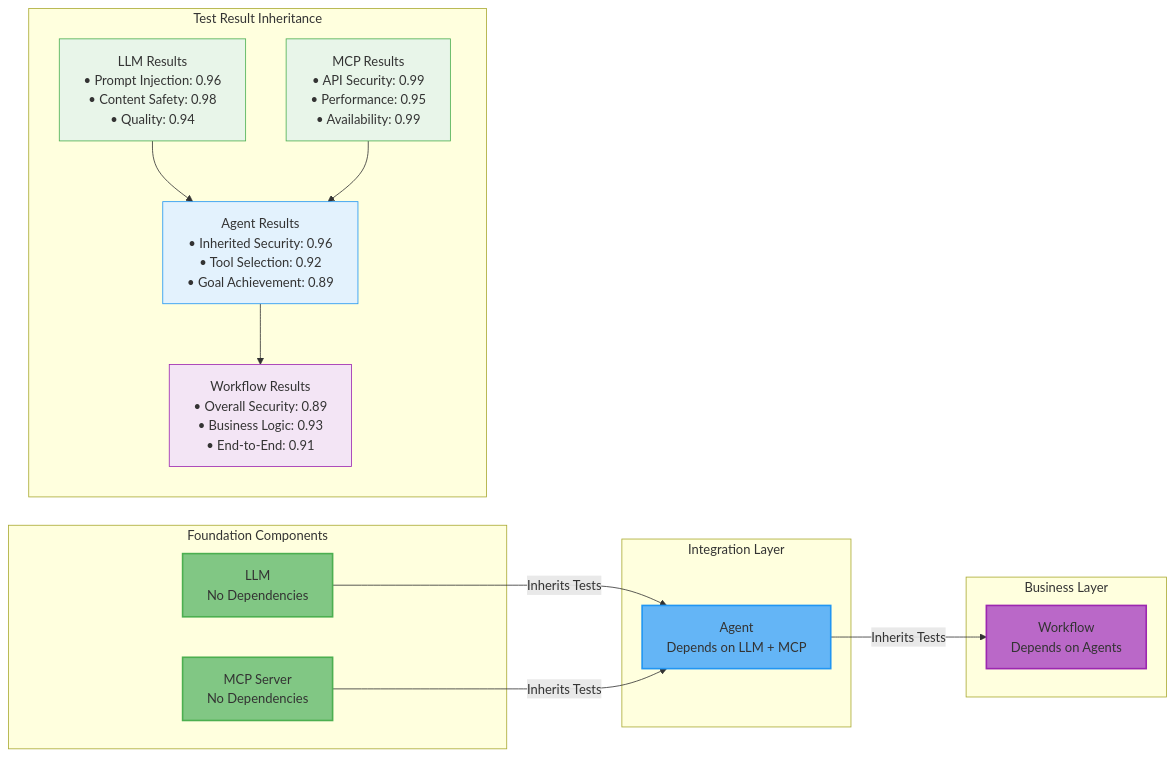
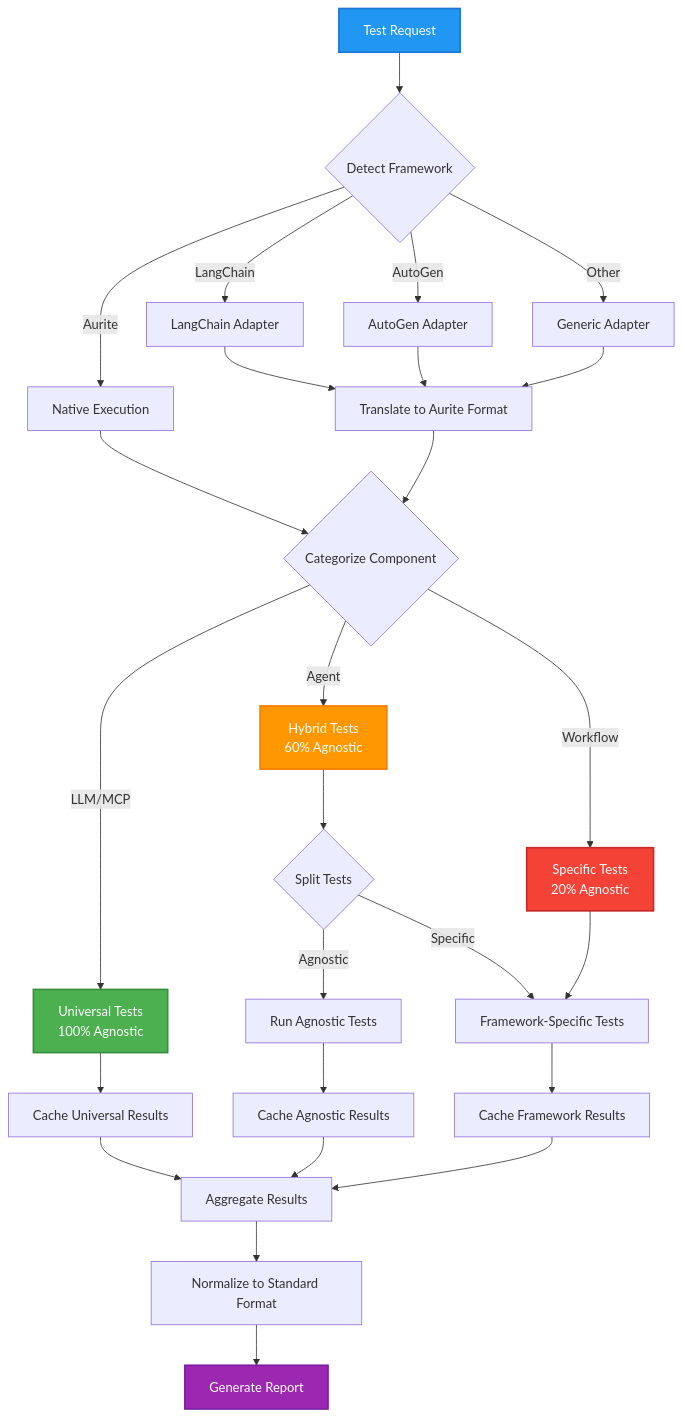
One commit to Aurite-ai/aurite-agents changed the second of 7 diagrams in docs/testing/architecture/testing_hierarchy.md. Above: the diagram before and after it, drawn with Mermaid. The commit also changed other lines of this file and 4 other files, not shown here.

````diff
--- a/docs/testing/architecture/testing_hierarchy.md
+++ b/docs/testing/architecture/testing_hierarchy.md
@@ -72,39 +90,43 @@
 ```mermaid
-flowchart LR
-    subgraph Foundation[Foundation Components]
-        LLM[LLM<br/>No Dependencies]
-        MCP[MCP Server<br/>No Dependencies]
-    end
+flowchart TD
+    Start[Test Request] --> Detect{Detect Framework}
 
-    subgraph Integration[Integration Layer]
-        Agent[Agent<br/>Depends on LLM + MCP]
-    end
+    Detect -->|Aurite| Native[Native Execution]
+    Detect -->|LangChain| LC_Adapter[LangChain Adapter]
+    Detect -->|AutoGen| AG_Adapter[AutoGen Adapter]
+    Detect -->|Other| Generic_Adapter[Generic Adapter]
 
-    subgraph Business[Business Layer]
-        Workflow[Workflow<br/>Depends on Agents]
-    end
+    LC_Adapter --> Translate[Translate to Aurite Format]
+    AG_Adapter --> Translate
+    Generic_Adapter --> Translate
+    Native --> Categorize{Categorize Component}
 
-    LLM -->|Inherits Tests| Agent
-    MCP -->|Inherits Tests| Agent
-    Agent -->|Inherits Tests| Workflow
+    Translate --> Categorize
 
-    subgraph Inheritance[Test Result Inheritance]
-        LLM_R[LLM Results<br/>• Prompt Injection: 0.96<br/>• Content Safety: 0.98<br/>• Quality: 0.94]
-        MCP_R[MCP Results<br/>• API Security: 0.99<br/>• Performance: 0.95<br/>• Availability: 0.99]
-        Agent_R[Agent Results<br/>• Inherited Security: 0.96<br/>• Tool Selection: 0.92<br/>• Goal Achievement: 0.89]
-        WF_R[Workflow Results<br/>• Overall Security: 0.89<br/>• Business Logic: 0.93<br/>• End-to-End: 0.91]
-    end
+    Categorize -->|LLM/MCP| Universal[Universal Tests<br/>100% Agnostic]
+    Categorize -->|Agent| Hybrid[Hybrid Tests<br/>60% Agnostic]
+    Categorize -->|Workflow| Specific[Specific Tests<br/>20% Agnostic]
 
-    LLM_R --> Agent_R
-    MCP_R --> Agent_R
-    Agent_R --> WF_R
+    Universal --> Cache_Universal[Cache Universal Results]
+    Hybrid --> Split_Tests{Split Tests}
+    Specific --> Framework_Tests[Framework-Specific Tests]
 
-    style LLM fill:#81C784,stroke:#4CAF50,stroke-width:2px
-    style MCP fill:#81C784,stroke:#4CAF50,stroke-width:2px
-    style Agent fill:#64B5F6,stroke:#2196F3,stroke-width:2px
-    style Workflow fill:#BA68C8,stroke:#9C27B0,stroke-width:2px
-    style LLM_R fill:#E8F5E9,stroke:#4CAF50,stroke-width:1px
-    style MCP_R fill:#E8F5E9,stroke:#4CAF50,stroke-width:1px
-    style Agent_R fill:#E3F2FD,stroke:#2196F3,stroke-width:1px
-    style WF_R fill:#F3E5F5,stroke:#9C27B0,stroke-width:1px
+    Split_Tests -->|Agnostic| Agnostic_Tests[Run Agnostic Tests]
+    Split_Tests -->|Specific| Framework_Tests
+
+    Agnostic_Tests --> Cache_Agnostic[Cache Agnostic Results]
+    Framework_Tests --> Cache_Specific[Cache Framework Results]
+
+    Cache_Universal --> Aggregate[Aggregate Results]
+    Cache_Agnostic --> Aggregate
+    Cache_Specific --> Aggregate
+
+    Aggregate --> Normalize[Normalize to Standard Format]
+    Normalize --> Report[Generate Report]
+
+    style Start fill:#2196F3,stroke:#1976D2,stroke-width:2px,color:#fff
+    style Universal fill:#4CAF50,stroke:#388E3C,stroke-width:2px,color:#fff
+    style Hybrid fill:#FF9800,stroke:#F57C00,stroke-width:2px,color:#fff
+    style Specific fill:#F44336,stroke:#C62828,stroke-width:2px,color:#fff
+    style Report fill:#9C27B0,stroke:#7B1FA2,stroke-width:2px,color:#fff
 ```
````
